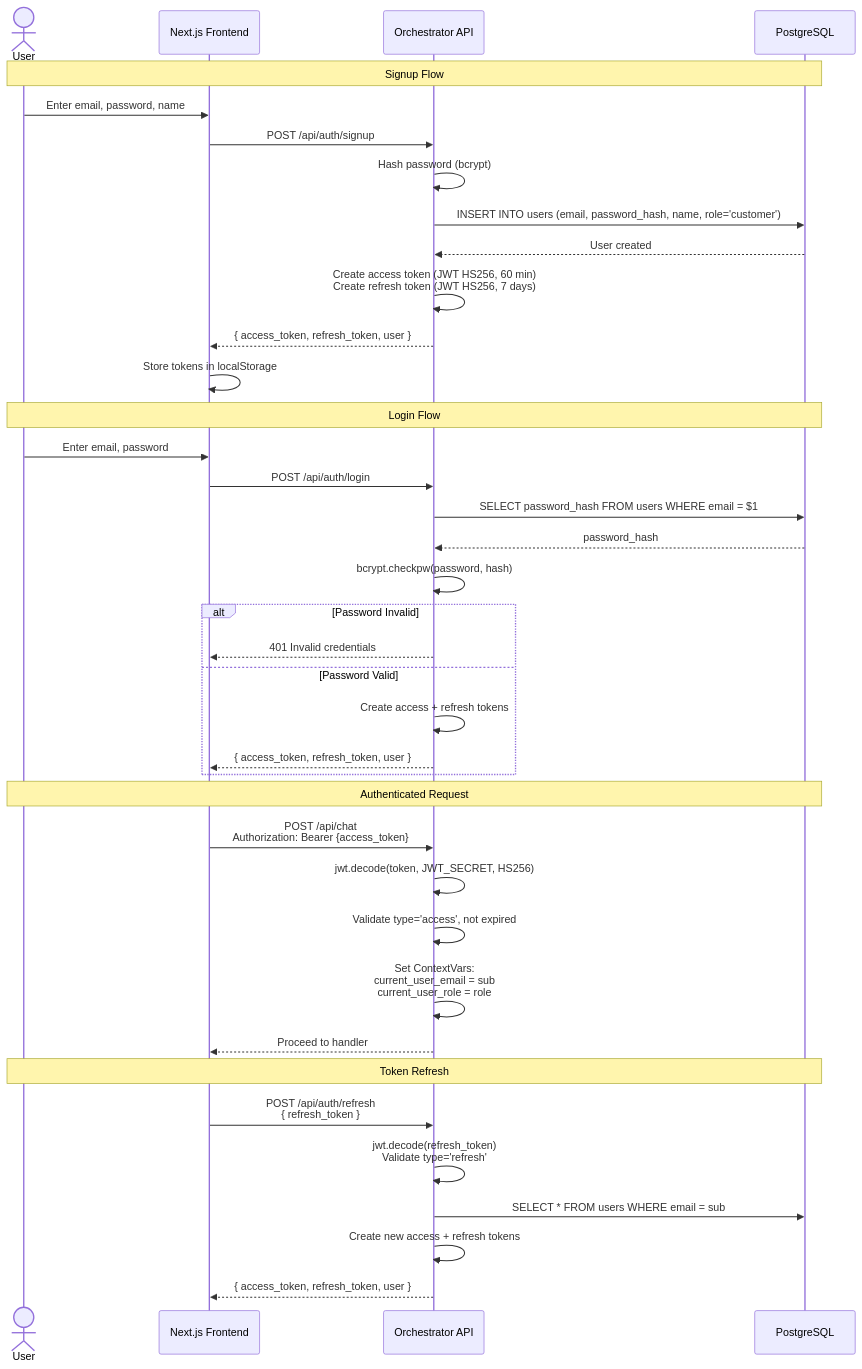
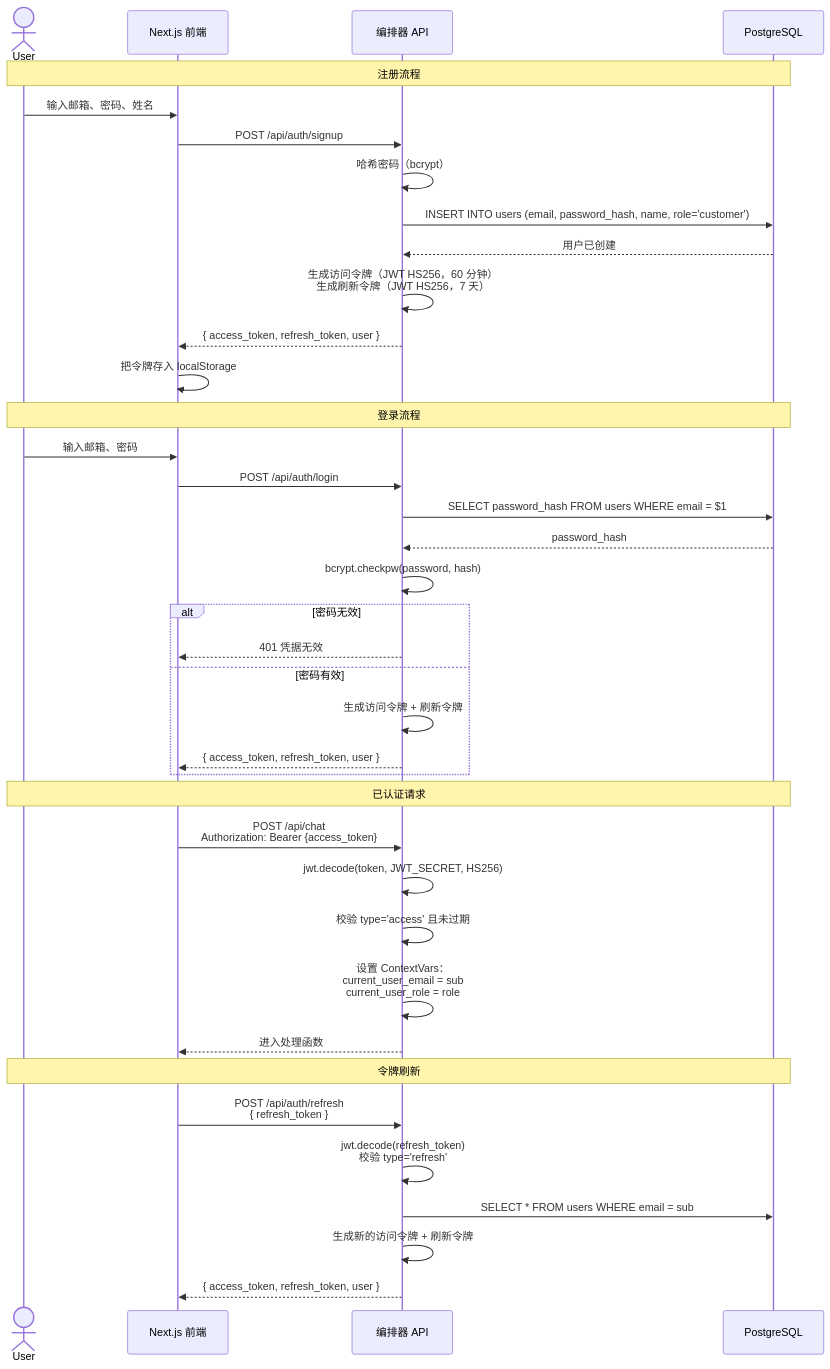
The fifth of 7 diagrams in docs/architecture.md (s1encisi/reliable-commerce-agents), drawn with Mermaid before and after one commit. The commit also changed other lines of this file and 1033 other files, not shown here.

````diff
--- a/docs/architecture.md
+++ b/docs/architecture.md
@@ -282,44 +282,44 @@
 ```mermaid
 sequenceDiagram
     actor User
-    participant FE as Next.js Frontend
-    participant ORCH as Orchestrator API
+    participant FE as Next.js 前端
+    participant ORCH as 编排器 API
     participant DB as PostgreSQL
 
-    Note over User,DB: Signup Flow
-    User->>FE: Enter email, password, name
+    Note over User,DB: 注册流程
+    User->>FE: 输入邮箱、密码、姓名
     FE->>ORCH: POST /api/auth/signup
-    ORCH->>ORCH: Hash password (bcrypt)
+    ORCH->>ORCH: 哈希密码（bcrypt）
     ORCH->>DB: INSERT INTO users (email, password_hash, name, role='customer')
-    DB-->>ORCH: User created
-    ORCH->>ORCH: Create access token (JWT HS256, 60 min)<br/>Create refresh token (JWT HS256, 7 days)
+    DB-->>ORCH: 用户已创建
+    ORCH->>ORCH: 生成访问令牌（JWT HS256，60 分钟）<br/>生成刷新令牌（JWT HS256，7 天）
     ORCH-->>FE: { access_token, refresh_token, user }
-    FE->>FE: Store tokens in localStorage
+    FE->>FE: 把令牌存入 localStorage
 
-    Note over User,DB: Login Flow
-    User->>FE: Enter email, password
+    Note over User,DB: 登录流程
+    User->>FE: 输入邮箱、密码
     FE->>ORCH: POST /api/auth/login
     ORCH->>DB: SELECT password_hash FROM users WHERE email = $1
     DB-->>ORCH: password_hash
     ORCH->>ORCH: bcrypt.checkpw(password, hash)
-    alt Password Invalid
-        ORCH-->>FE: 401 Invalid credentials
-    else Password Valid
-        ORCH->>ORCH: Create access + refresh tokens
+    alt 密码无效
+        ORCH-->>FE: 401 凭据无效
+    else 密码有效
+        ORCH->>ORCH: 生成访问令牌 + 刷新令牌
         ORCH-->>FE: { access_token, refresh_token, user }
     end
 
-    Note over User,DB: Authenticated Request
+    Note over User,DB: 已认证请求
     FE->>ORCH: POST /api/chat<br/>Authorization: Bearer {access_token}
     ORCH->>ORCH: jwt.decode(token, JWT_SECRET, HS256)
-    ORCH->>ORCH: Validate type='access', not expired
-    ORCH->>ORCH: Set ContextVars:<br/>current_user_email = sub<br/>current_user_role = role
-    ORCH-->>FE: Proceed to handler
+    ORCH->>ORCH: 校验 type='access' 且未过期
+    ORCH->>ORCH: 设置 ContextVars：<br/>current_user_email = sub<br/>current_user_role = role
+    ORCH-->>FE: 进入处理函数
 
-    Note over User,DB: Token Refresh
+    Note over User,DB: 令牌刷新
     FE->>ORCH: POST /api/auth/refresh<br/>{ refresh_token }
-    ORCH->>ORCH: jwt.decode(refresh_token)<br/>Validate type='refresh'
+    ORCH->>ORCH: jwt.decode(refresh_token)<br/>校验 type='refresh'
     ORCH->>DB: SELECT * FROM users WHERE email = sub
-    ORCH->>ORCH: Create new access + refresh tokens
+    ORCH->>ORCH: 生成新的访问令牌 + 刷新令牌
     ORCH-->>FE: { access_token, refresh_token, user }
 ```
````
